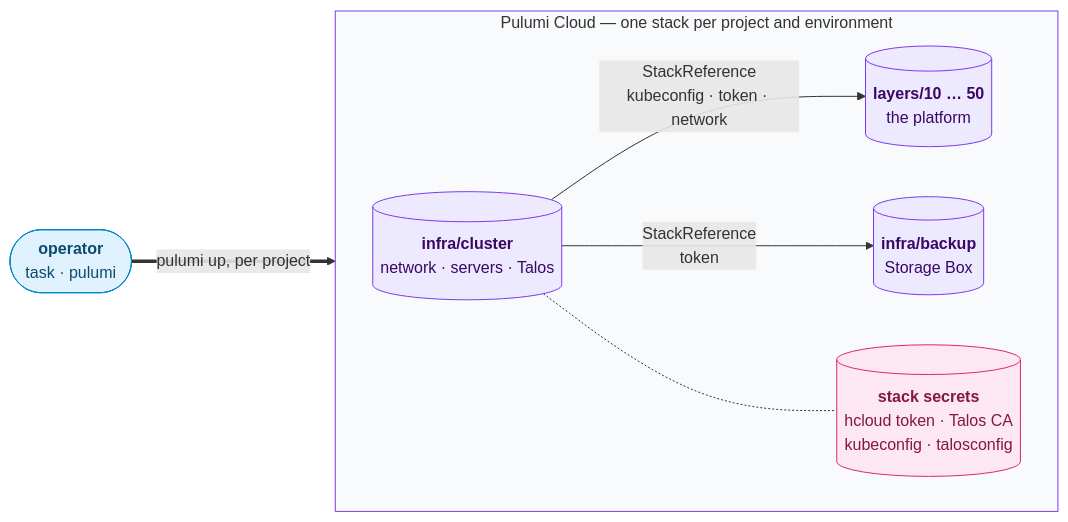
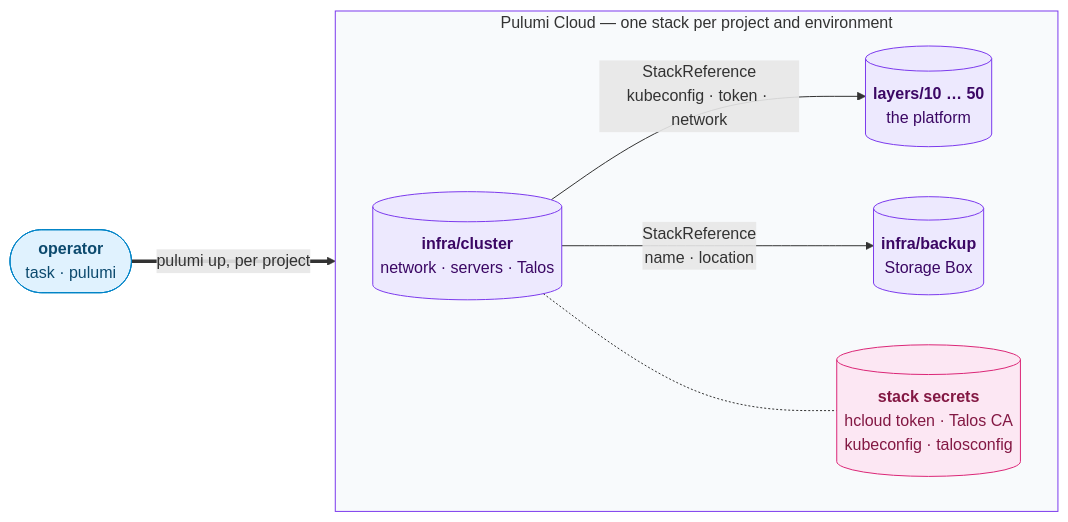
The first of 3 diagrams in README.md (oleg-tkachuk/hetzner-iac), drawn with Mermaid before and after one commit. The commit also changed 6 other files, not shown here.

````diff
--- a/README.md
+++ b/README.md
@@ -32,29 +32,29 @@
 ```mermaid
 flowchart LR
     operator(["<b>operator</b><br/>task · pulumi"])
 
     subgraph cloud ["Pulumi Cloud — one stack per project and environment"]
         direction LR
         cluster[("<b>infra/cluster</b><br/>network · servers · Talos")]
         backup[("<b>infra/backup</b><br/>Storage Box")]
         layers[("<b>layers/10 … 50</b><br/>the platform")]
         secrets[("<b>stack secrets</b><br/>hcloud token · Talos CA<br/>kubeconfig · talosconfig")]
     end
 
     operator ==>|"pulumi up, per project"| cloud
     cluster -->|"StackReference<br/>kubeconfig · token · network"| layers
-    cluster -->|"StackReference<br/>token"| backup
+    cluster -->|"StackReference<br/>name · location"| backup
     cluster -.- secrets
 
     classDef actor fill:#E0F2FE,stroke:#0284C7,color:#0C4A6E
     classDef optional fill:#F1F5F9,stroke:#64748B,color:#334155,stroke-dasharray:5 4
     classDef hetzner fill:#DCFCE7,stroke:#16A34A,color:#14532D
     classDef talos fill:#FEF3C7,stroke:#D97706,color:#78350F
     classDef kube fill:#DBEAFE,stroke:#2563EB,color:#1E3A8A
     classDef state fill:#EDE9FE,stroke:#7C3AED,color:#3B0764
     classDef gate fill:#FCE7F3,stroke:#DB2777,color:#831843
     class operator actor
     class cluster,backup,layers state
     class secrets gate
     style cloud fill:#F8FAFC,stroke:#7C3AED
 ```
````
